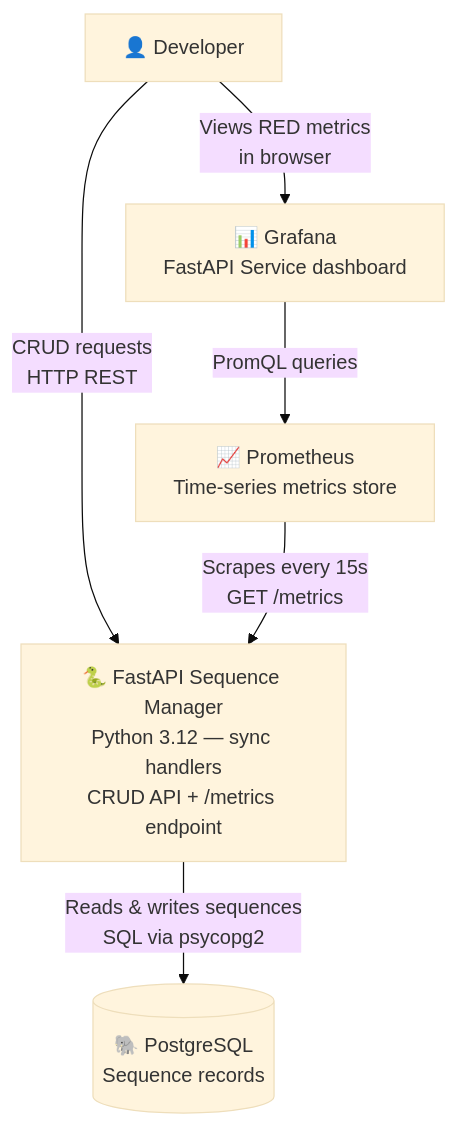
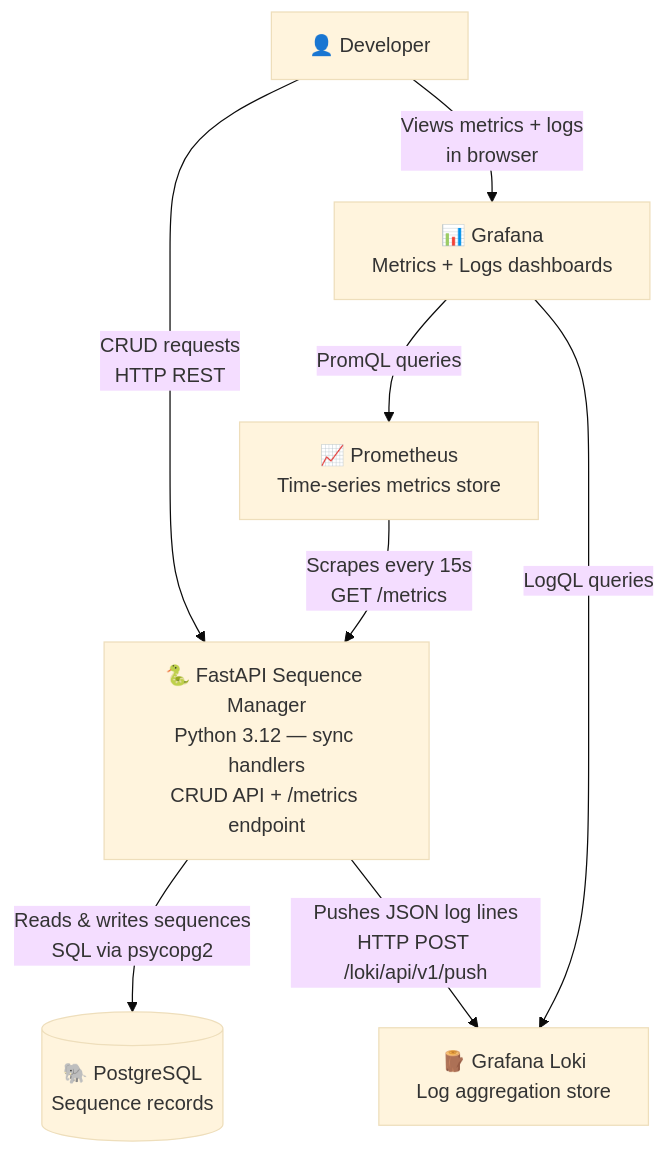
One commit to dafywinf/python-fastapi-poc changed the first of 3 diagrams in docs/architecture.md. Above: the diagram before and after it, drawn with Mermaid (base theme). The commit also changed other lines of this file and 15 other files, not shown here.

First line of the commit message:
feat(observability): add Loki log aggregation with structured JSON logging

````diff
--- a/docs/architecture.md
+++ b/docs/architecture.md
@@ -63,14 +73,17 @@
 ```mermaid
 graph TD
     dev["👤 Developer"]
     api["🐍 FastAPI Sequence Manager<br/>Python 3.12 — sync handlers<br/>CRUD API + /metrics endpoint"]
     postgres[("🐘 PostgreSQL<br/>Sequence records")]
     prometheus["📈 Prometheus<br/>Time-series metrics store"]
-    grafana["📊 Grafana<br/>FastAPI Service dashboard"]
+    loki["🪵 Grafana Loki<br/>Log aggregation store"]
+    grafana["📊 Grafana<br/>Metrics + Logs dashboards"]
 
     dev -->|"CRUD requests<br/>HTTP REST"| api
     api -->|"Reads & writes sequences<br/>SQL via psycopg2"| postgres
     prometheus -->|"Scrapes every 15s<br/>GET /metrics"| api
+    api -->|"Pushes JSON log lines<br/>HTTP POST /loki/api/v1/push"| loki
     grafana -->|"PromQL queries"| prometheus
-    dev -->|"Views RED metrics<br/>in browser"| grafana
+    grafana -->|"LogQL queries"| loki
+    dev -->|"Views metrics + logs<br/>in browser"| grafana
 ```
````
